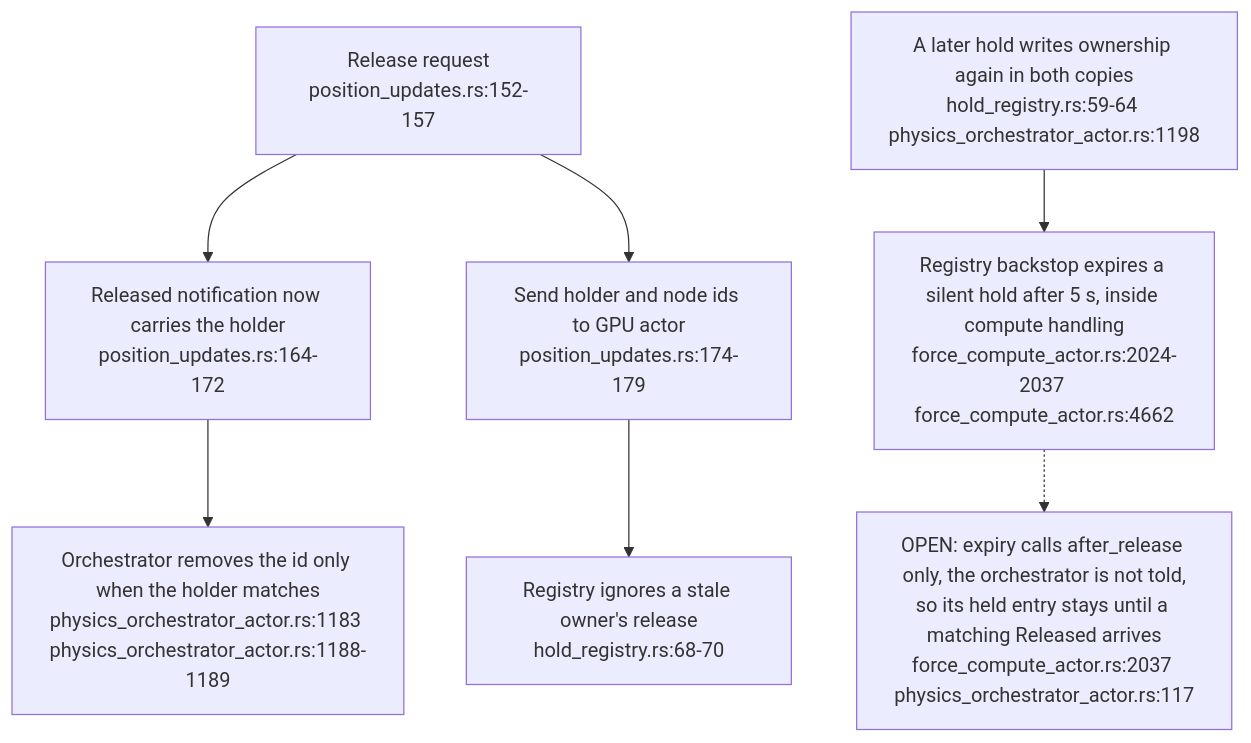
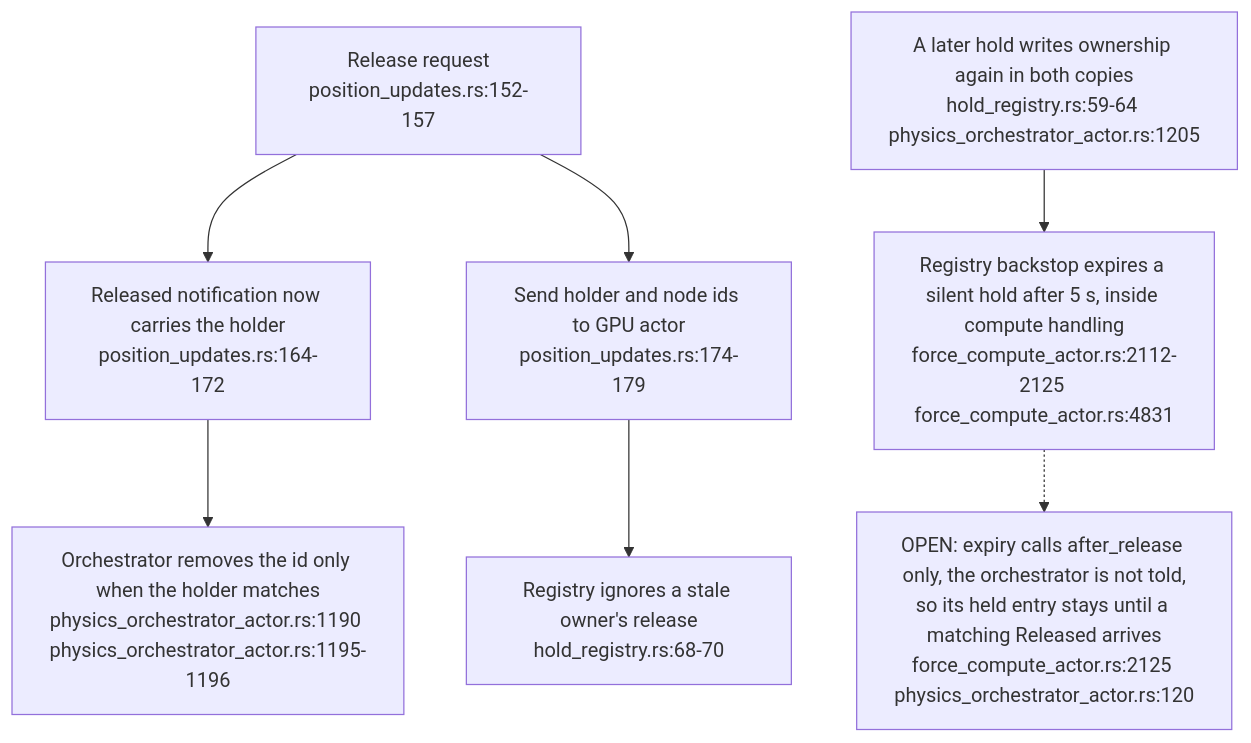
The second of 7 diagrams in docs/diagrams/visionclaw/52-drag-holds-and-observation-gates.md (DreamLab-AI/VisionFlow), drawn with Mermaid before and after one commit. The commit also changed other lines of this file and 6 other files, not shown here.

First line of the commit message:
diagrams(visionclaw): re-verify VC-51..57 at visionclaw 4900ec60

````diff
--- a/docs/diagrams/visionclaw/52-drag-holds-and-observation-gates.md
+++ b/docs/diagrams/visionclaw/52-drag-holds-and-observation-gates.md
@@ -56,9 +56,9 @@
 ```mermaid
 flowchart TD
     END["Release request<br/>position_updates.rs:152-157"] --> NOTIFY["Released notification now carries the holder<br/>position_updates.rs:164-172"]
-    NOTIFY --> ORCH["Orchestrator removes the id only when the holder matches<br/>physics_orchestrator_actor.rs:1183 physics_orchestrator_actor.rs:1188-1189"]
+    NOTIFY --> ORCH["Orchestrator removes the id only when the holder matches<br/>physics_orchestrator_actor.rs:1190 physics_orchestrator_actor.rs:1195-1196"]
     END --> GPU["Send holder and node ids to GPU actor<br/>position_updates.rs:174-179"]
     GPU --> OWNER["Registry ignores a stale owner's release<br/>hold_registry.rs:68-70"]
-    LATE["A later hold writes ownership again in both copies<br/>hold_registry.rs:59-64 physics_orchestrator_actor.rs:1198"] --> EXPIRE["Registry backstop expires a silent hold after 5 s, inside compute handling<br/>force_compute_actor.rs:2024-2037 force_compute_actor.rs:4662"]
-    EXPIRE -.-> GAP["OPEN: expiry calls after_release only, the orchestrator is not told,<br/>so its held entry stays until a matching Released arrives<br/>force_compute_actor.rs:2037 physics_orchestrator_actor.rs:117"]
+    LATE["A later hold writes ownership again in both copies<br/>hold_registry.rs:59-64 physics_orchestrator_actor.rs:1205"] --> EXPIRE["Registry backstop expires a silent hold after 5 s, inside compute handling<br/>force_compute_actor.rs:2112-2125 force_compute_actor.rs:4831"]
+    EXPIRE -.-> GAP["OPEN: expiry calls after_release only, the orchestrator is not told,<br/>so its held entry stays until a matching Released arrives<br/>force_compute_actor.rs:2125 physics_orchestrator_actor.rs:120"]
 ```
````
